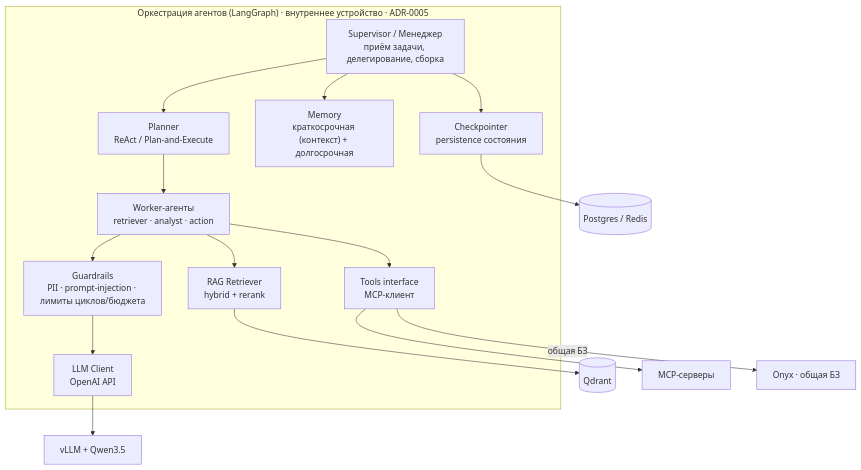
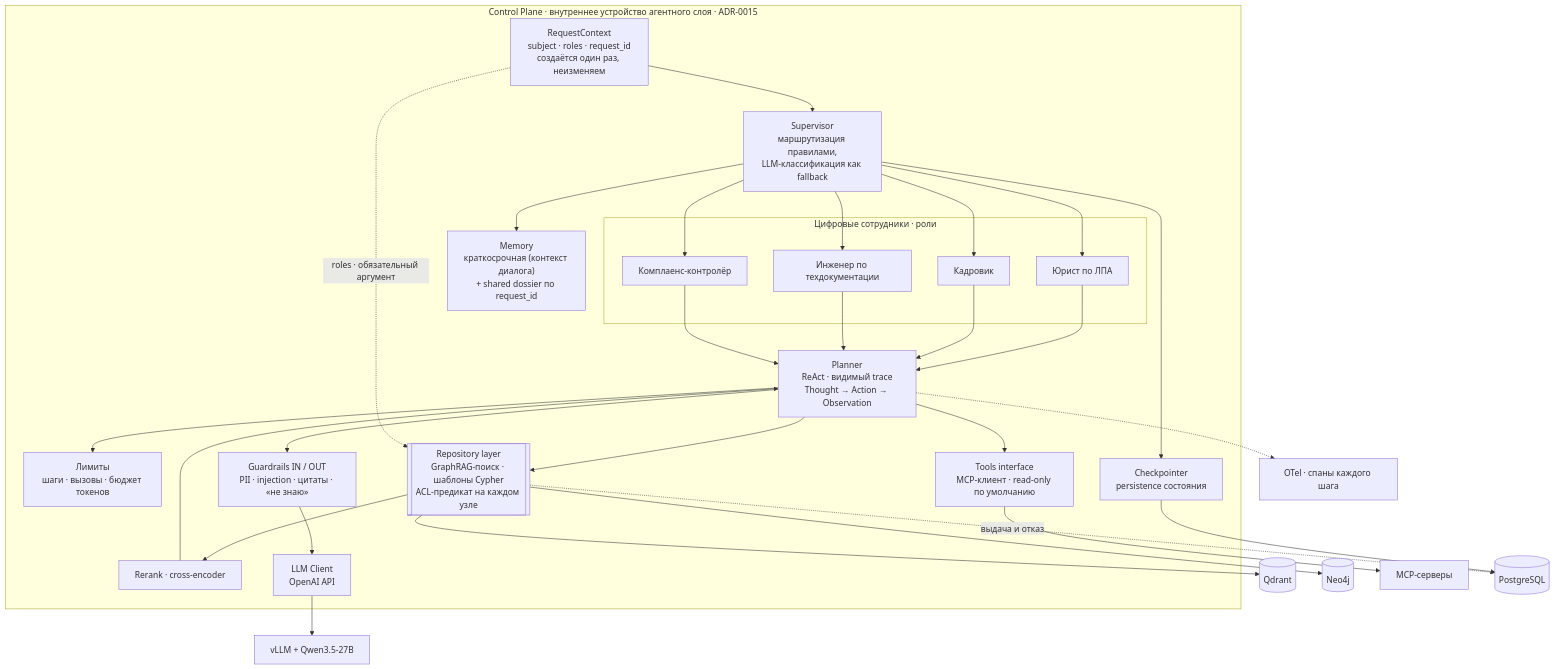
One commit to ZubikIT/ai-architect changed the third of 4 diagrams in final-project/diagrams/c4.md. Above: the diagram before and after it, drawn with Mermaid. The commit also changed other lines of this file, not shown here.

First line of the commit message:
docs(final-project/diagrams): C4 обновлён под GraphRAG, MAS и разделение Control/Data Plane

````diff
--- a/final-project/diagrams/c4.md
+++ b/final-project/diagrams/c4.md
@@ -90,34 +113,52 @@
 ```mermaid
 flowchart TB
-  subgraph agent["Оркестрация агентов (LangGraph) · внутреннее устройство · ADR-0005"]
-    sup["Supervisor / Менеджер<br/>приём задачи, делегирование, сборка"]
-    planner["Planner<br/>ReAct / Plan-and-Execute"]
-    workers["Worker-агенты<br/>retriever · analyst · action"]
-    mem["Memory<br/>краткосрочная (контекст) + долгосрочная"]
-    tools["Tools interface<br/>MCP-клиент"]
-    retr["RAG Retriever<br/>hybrid + rerank"]
-    guard["Guardrails<br/>PII · prompt-injection · лимиты циклов/бюджета"]
+  subgraph agent["Control Plane · внутреннее устройство агентного слоя · ADR-0015"]
+    ctx["RequestContext<br/>subject · roles · request_id<br/>создаётся один раз, неизменяем"]
+    sup["Supervisor<br/>маршрутизация правилами,<br/>LLM-классификация как fallback"]
+    subgraph roles["Цифровые сотрудники · роли"]
+      r1["Юрист по ЛПА"]
+      r2["Кадровик"]
+      r3["Инженер по техдокументации"]
+      r4["Комплаенс-контролёр"]
+    end
+    planner["Planner<br/>ReAct · видимый trace<br/>Thought → Action → Observation"]
+    mem["Memory<br/>краткосрочная (контекст диалога)<br/>+ shared dossier по request_id"]
+    lim["Лимиты<br/>шаги · вызовы · бюджет токенов"]
+    tools["Tools interface<br/>MCP-клиент · read-only по умолчанию"]
+    repo[["Repository layer<br/>GraphRAG-поиск · шаблоны Cypher<br/>ACL-предикат на каждом узле"]]
+    rr["Rerank · cross-encoder"]
+    guard["Guardrails IN / OUT<br/>PII · injection · цитаты · «не знаю»"]
     llmc["LLM Client<br/>OpenAI API"]
     ckpt["Checkpointer<br/>persistence состояния"]
   end
 
-  vllm["vLLM + Qwen3.5"]
+  vllm["vLLM + Qwen3.5-27B"]
   qdr[("Qdrant")]
-  mcp["MCP-серверы"]
-  onyx["Onyx · общая БЗ"]
-  state[("Postgres / Redis")]
+  neo[("Neo4j")]
+  mcpx["MCP-серверы"]
+  pgx[("PostgreSQL")]
+  otel["OTel · спаны каждого шага"]
 
-  sup --> planner
-  planner --> workers
-  workers --> guard
-  guard --> llmc
-  llmc --> vllm
-  workers --> retr
-  retr --> qdr
-  workers --> tools
-  tools --> mcp
-  tools -->|"общая БЗ"| onyx
+  ctx --> sup
+  sup --> r1
+  sup --> r2
+  sup --> r3
+  sup --> r4
+  r1 --> planner
+  r2 --> planner
+  r3 --> planner
+  r4 --> planner
+  planner --> lim
+  planner --> guard
+  guard --> llmc --> vllm
+  planner --> repo
+  ctx -.->|"roles · обязательный аргумент"| repo
+  repo --> qdr
+  repo --> neo
+  repo --> rr --> planner
+  planner --> tools --> mcpx
   sup --> mem
-  sup --> ckpt
-  ckpt --> state
+  sup --> ckpt --> pgx
+  planner -.-> otel
+  repo -.->|"выдача и отказ"| pgx
 ```
````
